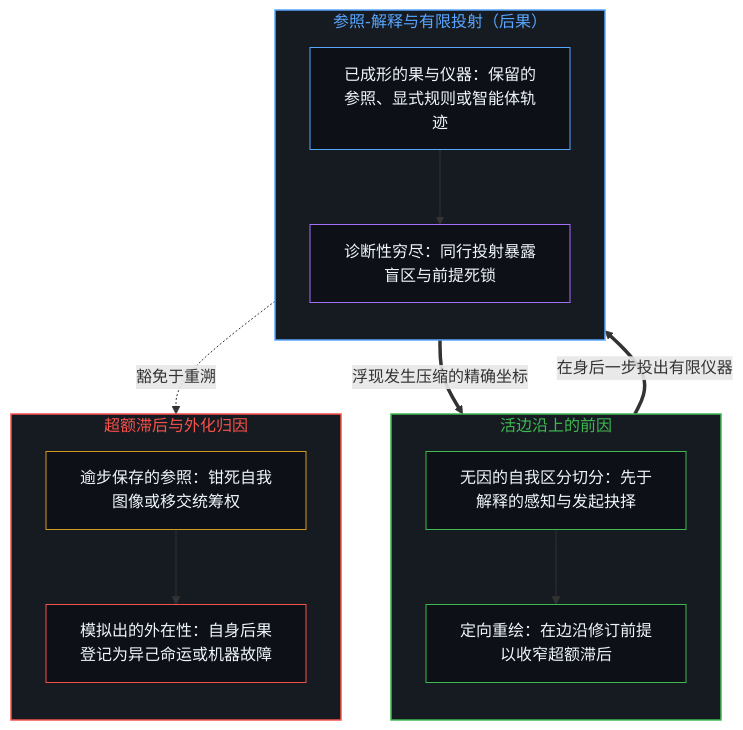
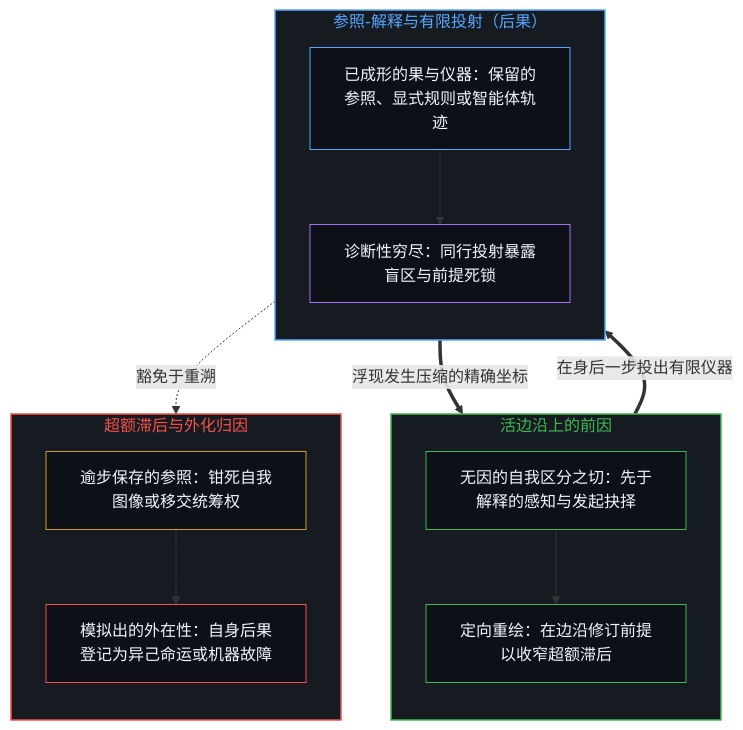
Before and after one commit to powerpig99/not-a-toe: the first of 2 diagrams in content/posts/qian-yin-hou-guo.md, drawn with Mermaid. The commit also changed other lines of this file and 12 other files, not shown here.

````diff
--- a/content/posts/qian-yin-hou-guo.md
+++ b/content/posts/qian-yin-hou-guo.md
@@ -41,37 +41,37 @@
 ```mermaid
 flowchart TD
     subgraph S_Edge["活边沿上的前因"]
         direction TB
-        Act["无因的自我区分切分：先于解释的感知与发起抉择"]
+        Act["无因的自我区分之切：先于解释的感知与发起抉择"]
         ReRender["定向重绘：在边沿修订前提以收窄超额滞后"]
         Act --> ReRender
     end
 
     subgraph S_Inst["参照-解释与有限投射（后果）"]
         direction TB
         Proj["已成形的果与仪器：保留的参照、显式规则或智能体轨迹"]
         Peer["诊断性穷尽：同行投射暴露盲区与前提死锁"]
         Proj --> Peer
     end
 
     subgraph S_Lag["超额滞后与外化归因"]
         direction TB
         Freeze["逾步保存的参照：钳死自我图像或移交统筹权"]
         Alien["模拟出的外在性：自身后果登记为异己命运或机器故障"]
         Freeze --> Alien
     end
 
     ReRender ==>|"在身后一步投出有限仪器"| Proj
     Peer ==>|"浮现发生压缩的精确坐标"| ReRender
     Proj -.->|"豁免于重溯"| Freeze
 
     style S_Edge fill:#161b22,stroke:#3fb950,stroke-width:1.5px,color:#3fb950
     style S_Inst fill:#161b22,stroke:#58a6ff,stroke-width:1.5px,color:#58a6ff
     style S_Lag fill:#161b22,stroke:#f85149,stroke-width:1.5px,color:#f85149
     style Act fill:#0d1117,stroke:#3fb950,stroke-width:1px,color:#f0f6fc
     style ReRender fill:#0d1117,stroke:#3fb950,stroke-width:1px,color:#f0f6fc
     style Proj fill:#0d1117,stroke:#58a6ff,stroke-width:1px,color:#f0f6fc
     style Peer fill:#0d1117,stroke:#a371f7,stroke-width:1px,color:#f0f6fc
     style Freeze fill:#0d1117,stroke:#d29922,stroke-width:1px,color:#f0f6fc
     style Alien fill:#0d1117,stroke:#f85149,stroke-width:1px,color:#f0f6fc
 ```
````
